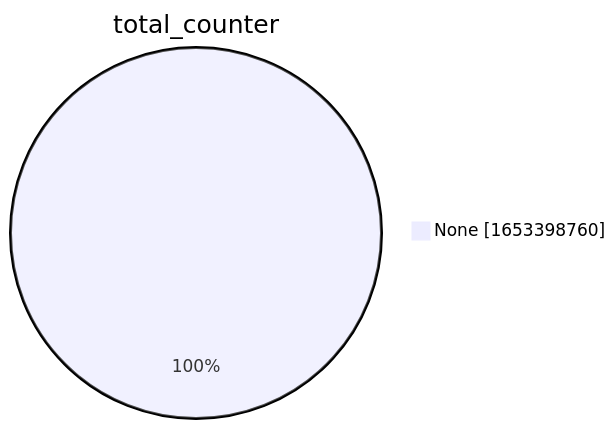
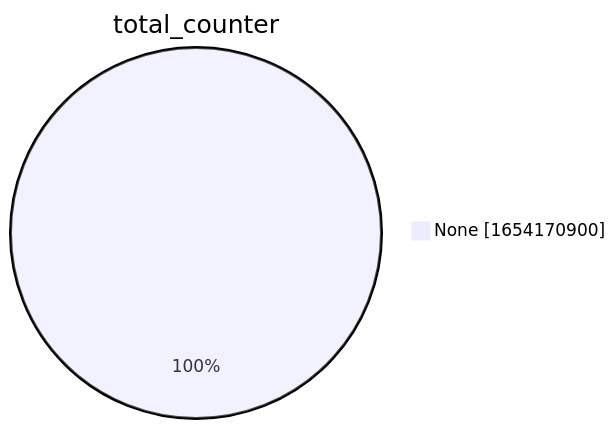
Before and after one commit to christiankrug/ctmonitor_visualization: the second of 15 diagrams in xenon2022/README.md, drawn with Mermaid. The commit also changed other lines of this file, not shown here.

````diff
--- a/xenon2022/README.md
+++ b/xenon2022/README.md
@@ -9,5 +9,5 @@
 ```mermaid
 pie showData
 title total_counter
-"None" :1653398760
+"None" :1654170900
 ```
````
